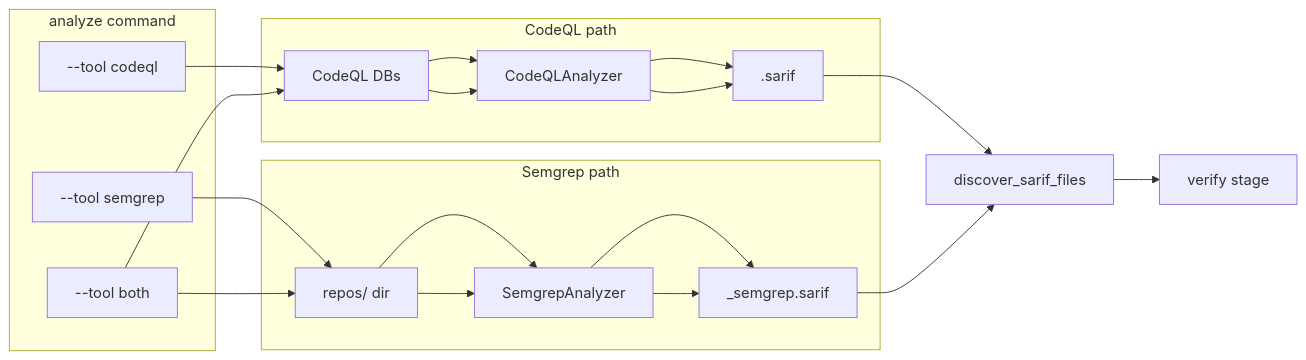
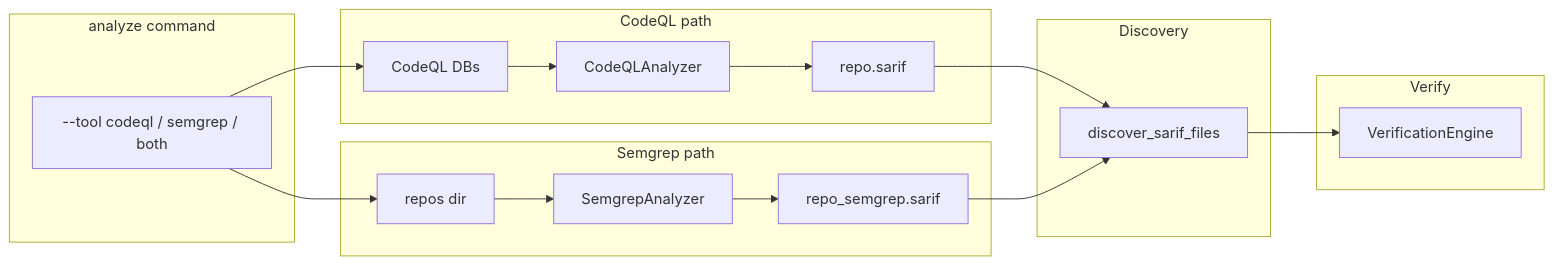
The diagram in docs/plans/SEMGREP_INTEGRATION.md (vinsoc-cyber/VulnHunterX), drawn with Mermaid before and after one commit. The commit also changed other lines of this file, not shown here.

First line of the commit message:
refactor(docs): Enhance Semgrep integration documentation

````diff
--- a/docs/plans/SEMGREP_INTEGRATION.md
+++ b/docs/plans/SEMGREP_INTEGRATION.md
@@ -86,25 +124,29 @@
 ```mermaid
 flowchart LR
   subgraph analyze [analyze command]
-    A1[--tool codeql]
-    A2[--tool semgrep]
-    A3[--tool both]
+    T[--tool codeql / semgrep / both]
   end
   subgraph codeql_path [CodeQL path]
     DB[CodeQL DBs]
     CA[CodeQLAnalyzer]
-    S1["<repo>.sarif"]
+    S1["repo.sarif"]
   end
   subgraph semgrep_path [Semgrep path]
-    REPO[repos/ dir]
+    REPO[repos dir]
     SA[SemgrepAnalyzer]
-    S2["<repo>_semgrep.sarif"]
+    S2["repo_semgrep.sarif"]
   end
-  A1 --> DB --> CA --> S1
-  A2 --> REPO --> SA --> S2
-  A3 --> DB --> CA --> S1
-  A3 --> REPO --> SA --> S2
-  S1 --> discover[discover_sarif_files]
-  S2 --> discover
-  discover --> verify[verify stage]
+  subgraph discover [Discovery]
+    D[discover_sarif_files]
+  end
+  subgraph verify [Verify]
+    V[VerificationEngine]
+  end
+  T --> DB
+  T --> REPO
+  DB --> CA --> S1
+  REPO --> SA --> S2
+  S1 --> D
+  S2 --> D
+  D --> V
 ```
````
